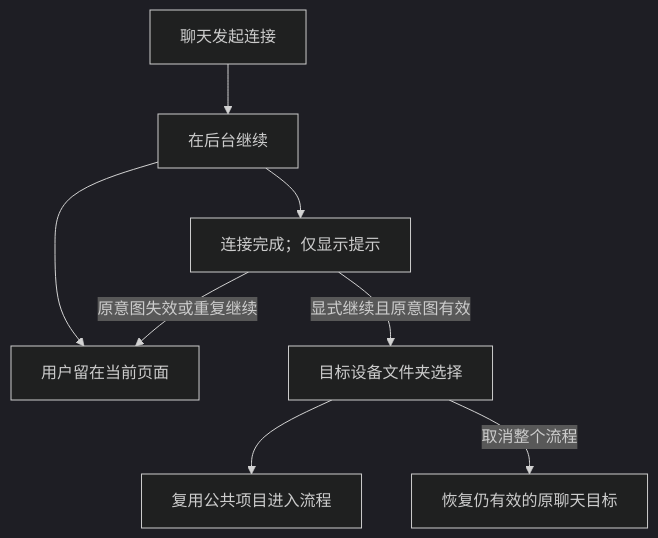
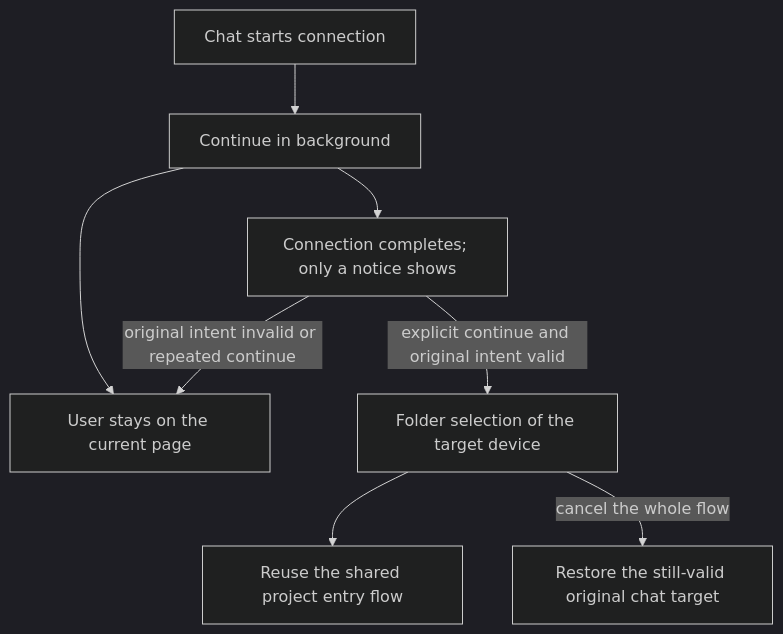
Before and after one commit to osben/ZCode: the first of 2 diagrams in docs/issues/remote-connection-ux/26-chat-remote-folder-background-resume.md, drawn with Mermaid (dark theme). The commit also changed other lines of this file and 30 other files, not shown here.

````diff
--- a/docs/issues/remote-connection-ux/26-chat-remote-folder-background-resume.md
+++ b/docs/issues/remote-connection-ux/26-chat-remote-folder-background-resume.md
@@ -15,10 +15,10 @@
 ```mermaid
 flowchart TD
-    A[聊天发起连接] --> B[在后台继续]
-    B --> C[用户留在当前页面]
-    B --> D[连接完成；仅显示提示]
-    D -->|显式继续且原意图有效| E[目标设备文件夹选择]
-    E --> F[复用公共项目进入流程]
-    D -->|原意图失效或重复继续| C
-    E -->|取消整个流程| G[恢复仍有效的原聊天目标]
+    A[Chat starts connection] --> B[Continue in background]
+    B --> C[User stays on the current page]
+    B --> D[Connection completes; only a notice shows]
+    D -->|explicit continue and original intent valid| E[Folder selection of the target device]
+    E --> F[Reuse the shared project entry flow]
+    D -->|original intent invalid or repeated continue| C
+    E -->|cancel the whole flow| G[Restore the still-valid original chat target]
 ```
````
